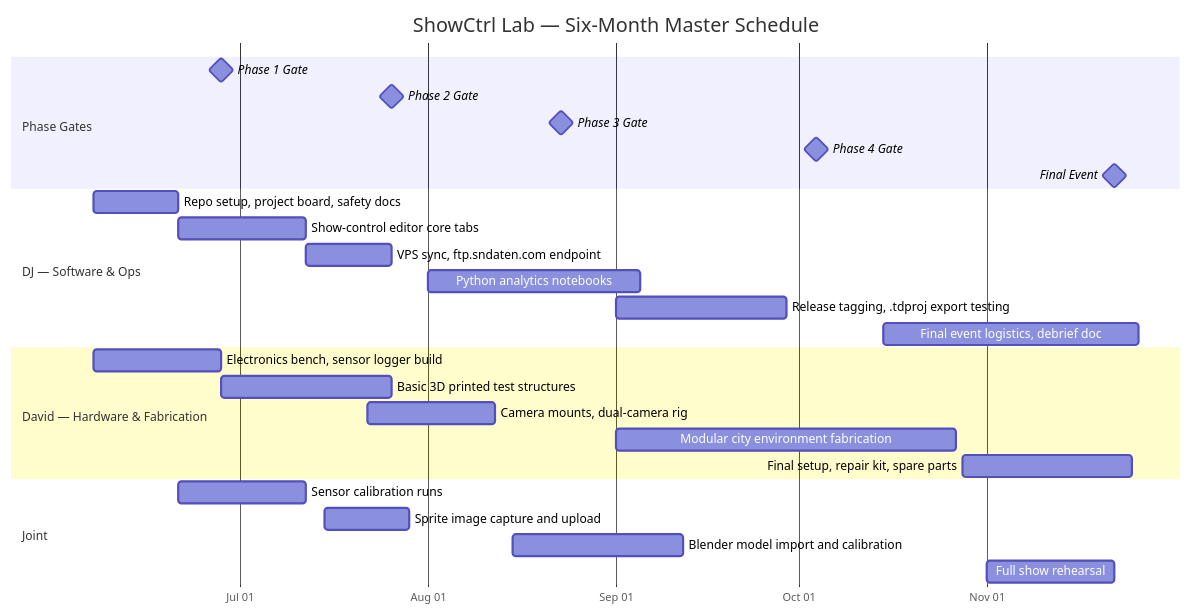
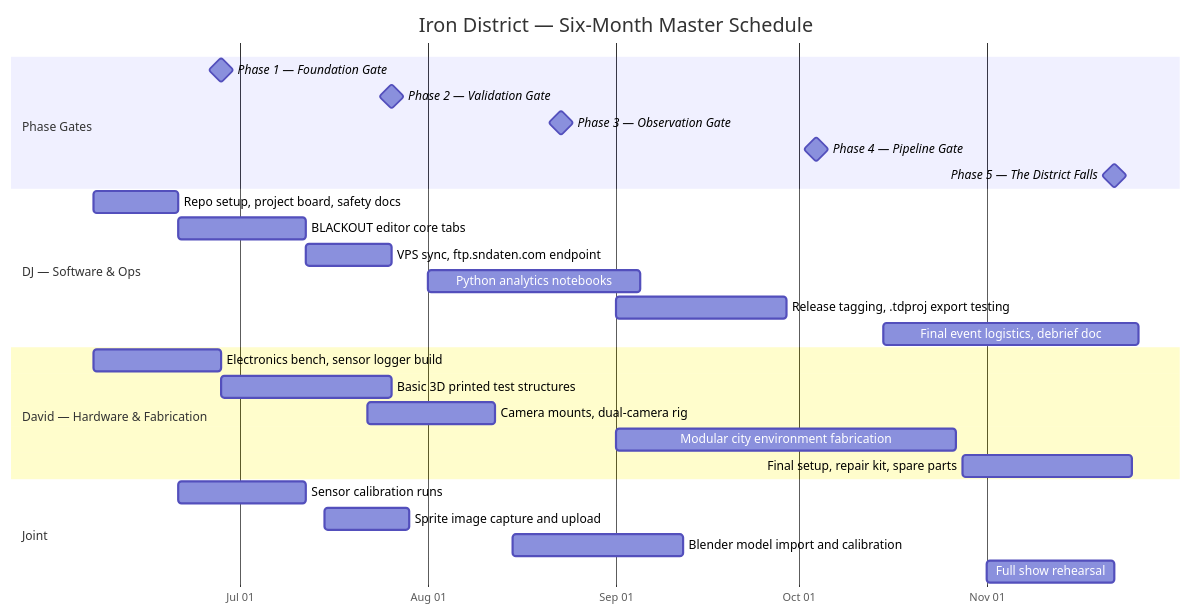
One commit to SuperiorNetworks/demolition-derby changed the diagram in README.md. Above: the diagram before and after it, drawn with Mermaid. The commit also changed other lines of this file and 1 other file, not shown here.

First line of the commit message:
Rebrand: ShowCtrl Lab → Iron District (BLACKOUT + GROUNDWORK + THE GRID)

````diff
--- a/README.md
+++ b/README.md
@@ -58,34 +52,34 @@
 ```mermaid
 gantt
-    title ShowCtrl Lab — Six-Month Master Schedule
+    title Iron District — Six-Month Master Schedule
     dateFormat  YYYY-MM-DD
     axisFormat  %b %d
 
     section Phase Gates
-    Phase 1 Gate         :milestone, g1, 2026-06-28, 0d
-    Phase 2 Gate         :milestone, g2, 2026-07-26, 0d
-    Phase 3 Gate         :milestone, g3, 2026-08-23, 0d
-    Phase 4 Gate         :milestone, g4, 2026-10-04, 0d
-    Final Event          :milestone, g5, 2026-11-22, 0d
+    Phase 1 — Foundation Gate     :milestone, g1, 2026-06-28, 0d
+    Phase 2 — Validation Gate     :milestone, g2, 2026-07-26, 0d
+    Phase 3 — Observation Gate    :milestone, g3, 2026-08-23, 0d
+    Phase 4 — Pipeline Gate       :milestone, g4, 2026-10-04, 0d
+    Phase 5 — The District Falls  :milestone, g5, 2026-11-22, 0d
 
     section DJ — Software & Ops
-    Repo setup, project board, safety docs     :dj1, 2026-06-07, 2w
-    Show-control editor core tabs              :dj2, after dj1, 3w
-    VPS sync, ftp.sndaten.com endpoint         :dj3, after dj2, 2w
-    Python analytics notebooks                 :dj4, 2026-08-01, 5w
-    Release tagging, .tdproj export testing    :dj5, 2026-09-01, 4w
-    Final event logistics, debrief doc         :dj6, 2026-10-15, 6w
+    Repo setup, project board, safety docs       :dj1, 2026-06-07, 2w
+    BLACKOUT editor core tabs                    :dj2, after dj1, 3w
+    VPS sync, ftp.sndaten.com endpoint           :dj3, after dj2, 2w
+    Python analytics notebooks                   :dj4, 2026-08-01, 5w
+    Release tagging, .tdproj export testing      :dj5, 2026-09-01, 4w
+    Final event logistics, debrief doc           :dj6, 2026-10-15, 6w
 
     section David — Hardware & Fabrication
-    Electronics bench, sensor logger build     :dv1, 2026-06-07, 3w
-    Basic 3D printed test structures           :dv2, after dv1, 4w
-    Camera mounts, dual-camera rig             :dv3, 2026-07-22, 3w
-    Modular city environment fabrication       :dv4, 2026-09-01, 8w
-    Final setup, repair kit, spare parts       :dv5, 2026-10-28, 4w
+    Electronics bench, sensor logger build       :dv1, 2026-06-07, 3w
+    Basic 3D printed test structures             :dv2, after dv1, 4w
+    Camera mounts, dual-camera rig               :dv3, 2026-07-22, 3w
+    Modular city environment fabrication         :dv4, 2026-09-01, 8w
+    Final setup, repair kit, spare parts         :dv5, 2026-10-28, 4w
 
     section Joint
-    Sensor calibration runs                    :jt1, 2026-06-21, 3w
-    Sprite image capture and upload            :jt2, 2026-07-15, 2w
-    Blender model import and calibration       :jt3, 2026-08-15, 4w
-    Full show rehearsal                        :jt4, 2026-11-01, 3w
+    Sensor calibration runs                      :jt1, 2026-06-21, 3w
+    Sprite image capture and upload              :jt2, 2026-07-15, 2w
+    Blender model import and calibration         :jt3, 2026-08-15, 4w
+    Full show rehearsal                          :jt4, 2026-11-01, 3w
 ```
````
